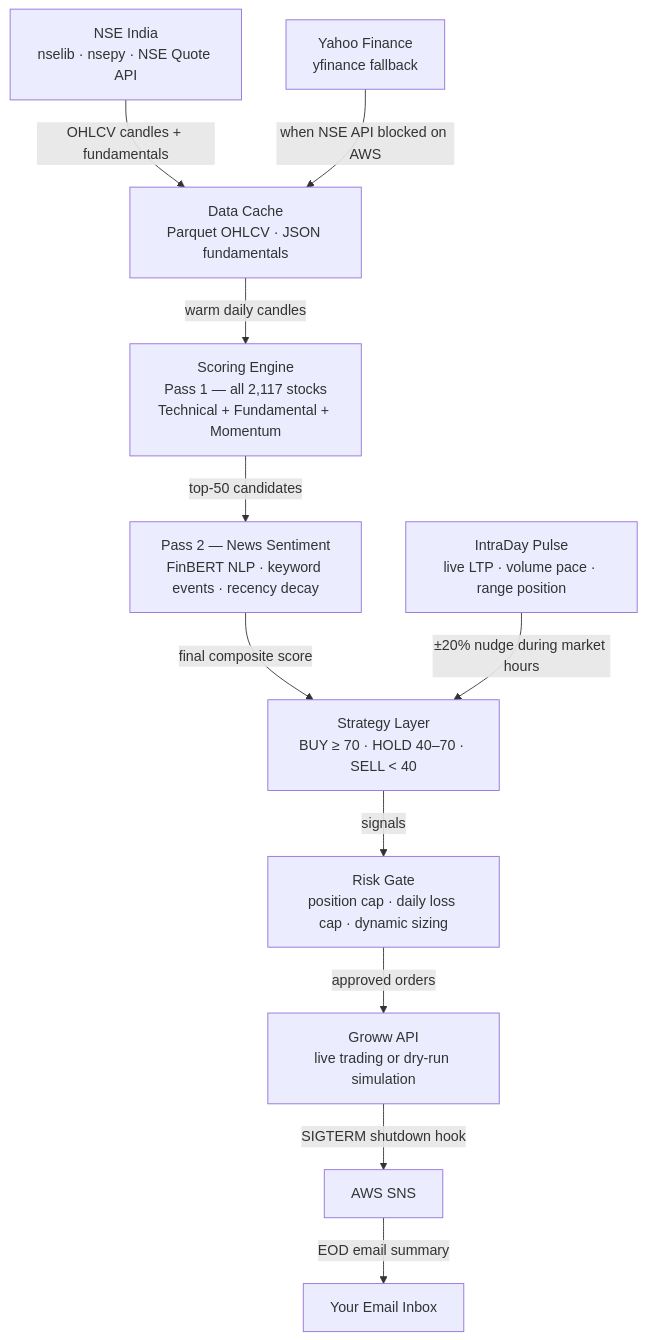
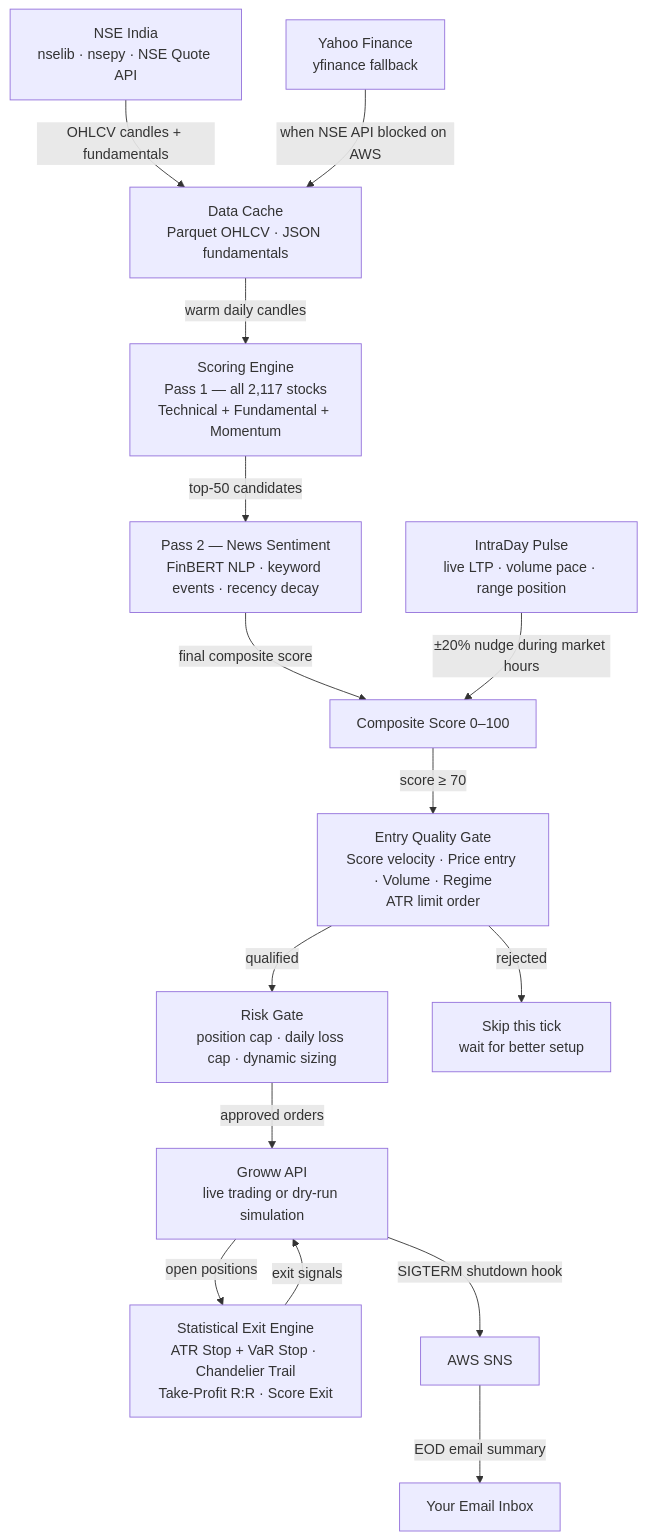
One commit to BitanSarkar/TradingBot changed the first of 4 diagrams in README.md. Above: the diagram before and after it, drawn with Mermaid. The commit also changed other lines of this file and 10 other files, not shown here.

````diff
--- a/README.md
+++ b/README.md
@@ -38,14 +53,18 @@
 ```mermaid
 graph TD
     A["NSE India\nnselib · nsepy · NSE Quote API"] -->|OHLCV candles + fundamentals| B
     YF["Yahoo Finance\nyfinance fallback"] -->|when NSE API blocked on AWS| B
     B["Data Cache\nParquet OHLCV · JSON fundamentals"] -->|warm daily candles| C
     C["Scoring Engine\nPass 1 — all 2,117 stocks\nTechnical + Fundamental + Momentum"] -->|top-50 candidates| D
     D["Pass 2 — News Sentiment\nFinBERT NLP · keyword events · recency decay"] -->|final composite score| E
-    E["Strategy Layer\nBUY ≥ 70 · HOLD 40–70 · SELL < 40"] -->|signals| F
+    H["IntraDay Pulse\nlive LTP · volume pace · range position"] -->|±20% nudge during market hours| E
+    E["Composite Score 0–100"] -->|score ≥ 70| EQ
+    EQ["Entry Quality Gate\nScore velocity · Price entry · Volume · Regime\nATR limit order"] -->|qualified| F
+    EQ -->|rejected| SK["Skip this tick\nwait for better setup"]
     F["Risk Gate\nposition cap · daily loss cap · dynamic sizing"] -->|approved orders| G
     G["Groww API\nlive trading or dry-run simulation"]
-    H["IntraDay Pulse\nlive LTP · volume pace · range position"] -->|±20% nudge during market hours| E
+    G -->|open positions| EX
+    EX["Statistical Exit Engine\nATR Stop + VaR Stop · Chandelier Trail\nTake-Profit R:R · Score Exit"] -->|exit signals| G
     I["AWS SNS"] -->|EOD email summary| J["Your Email Inbox"]
     G -->|SIGTERM shutdown hook| I
 ```
````
